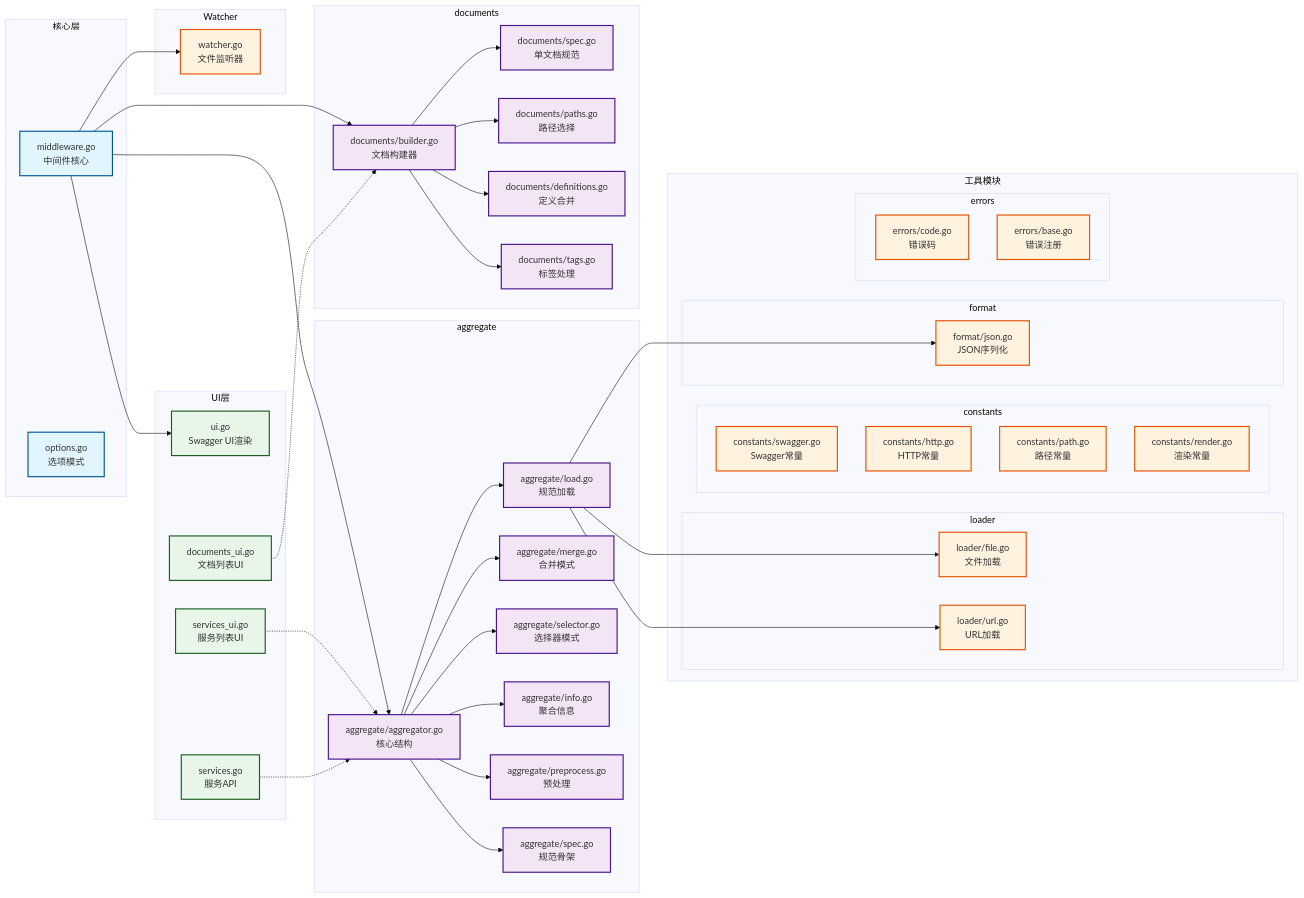
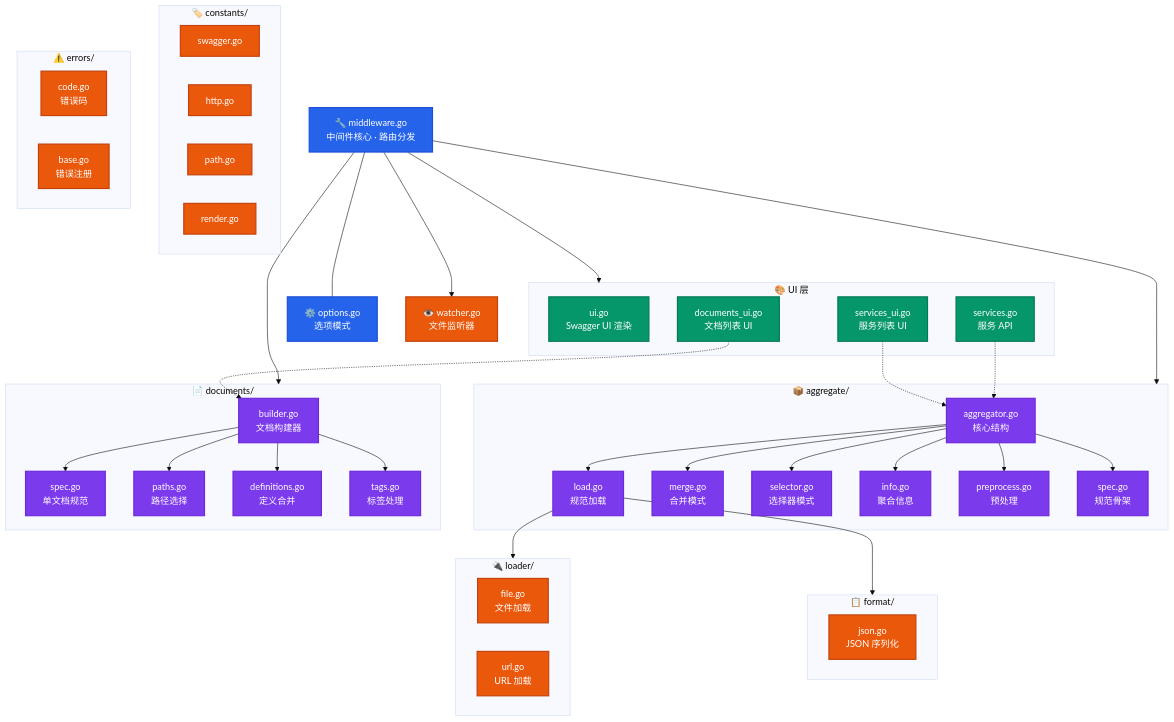
Before and after one commit to kamalyes/go-swagger: the diagram in README.md, drawn with Mermaid (base theme).

Commit message:
📝 docs: 更新README.md架构图

````diff
--- a/README.md
+++ b/README.md
@@ -17,87 +17,75 @@
 ```mermaid
-graph LR
-    %% 样式定义
-    classDef core fill:#e1f5fe,stroke:#01579b,stroke-width:2px
-    classDef module fill:#f3e5f5,stroke:#4a148c,stroke-width:2px
-    classDef util fill:#fff3e0,stroke:#e65100,stroke-width:2px
-    classDef ui fill:#e8f5e9,stroke:#1b5e20,stroke-width:2px
+graph TB
+    classDef core fill:#2563eb,stroke:#1d4ed8,color:#fff,stroke-width:2px
+    classDef mod fill:#7c3aed,stroke:#6d28d9,color:#fff,stroke-width:2px
+    classDef util fill:#ea580c,stroke:#c2410c,color:#fff,stroke-width:2px
+    classDef ui fill:#059669,stroke:#047857,color:#fff,stroke-width:2px
 
-    %% 核心层
-    subgraph 核心层
-        M["middleware.go<br>中间件核心"]:::core
-        O["options.go<br>选项模式"]:::core
+    M["🔧 middleware.go<br/>中间件核心 · 路由分发"]:::core
+    O["⚙️ options.go<br/>选项模式"]:::core
+
+    subgraph AGG ["📦 aggregate/"]
+        AG["aggregator.go<br/>核心结构"]:::mod
+        AL["load.go<br/>规范加载"]:::mod
+        AM["merge.go<br/>合并模式"]:::mod
+        AS["selector.go<br/>选择器模式"]:::mod
+        AI["info.go<br/>聚合信息"]:::mod
+        AP["preprocess.go<br/>预处理"]:::mod
+        AX["spec.go<br/>规范骨架"]:::mod
     end
 
-    %% Aggregate 模块
-    subgraph aggregate
-        AG["aggregate/aggregator.go<br>核心结构"]:::module
-        AL["aggregate/load.go<br>规范加载"]:::module
-        AM["aggregate/merge.go<br>合并模式"]:::module
-        AS["aggregate/selector.go<br>选择器模式"]:::module
-        AI["aggregate/info.go<br>聚合信息"]:::module
-        AP["aggregate/preprocess.go<br>预处理"]:::module
-        AX["aggregate/spec.go<br>规范骨架"]:::module
+    subgraph DOC ["📄 documents/"]
+        DB["builder.go<br/>文档构建器"]:::mod
+        DP["spec.go<br/>单文档规范"]:::mod
+        DPT["paths.go<br/>路径选择"]:::mod
+        DD["definitions.go<br/>定义合并"]:::mod
+        DT["tags.go<br/>标签处理"]:::mod
     end
 
-    %% Documents 模块
-    subgraph documents
-        DB["documents/builder.go<br>文档构建器"]:::module
-        DP["documents/spec.go<br>单文档规范"]:::module
-        DPT["documents/paths.go<br>路径选择"]:::module
-        DD["documents/definitions.go<br>定义合并"]:::module
-        DT["documents/tags.go<br>标签处理"]:::module
+    subgraph LOAD ["🔌 loader/"]
+        LF["file.go<br/>文件加载"]:::util
+        LU["url.go<br/>URL 加载"]:::util
     end
 
-    %% 工具模块
-    subgraph 工具模块
-        subgraph constants
-            CH["constants/swagger.go<br>Swagger常量"]:::util
-            CC["constants/http.go<br>HTTP常量"]:::util
-            CP["constants/path.go<br>路径常量"]:::util
-            CR["constants/render.go<br>渲染常量"]:::util
-        end
-        subgraph loader
-            LF["loader/file.go<br>文件加载"]:::util
-            LU["loader/url.go<br>URL加载"]:::util
-        end
-        subgraph format
-            FJ["format/json.go<br>JSON序列化"]:::util
-        end
-        subgraph errors
-            EC["errors/code.go<br>错误码"]:::util
-            EB["errors/base.go<br>错误注册"]:::util
-        end
+    subgraph CONST ["🏷️ constants/"]
+        CS["swagger.go"]:::util
+        CH["http.go"]:::util
+        CP["path.go"]:::util
+        CR["render.go"]:::util
     end
 
-    %% UI 层
-    subgraph UI层
-        U["ui.go<br>Swagger UI渲染"]:::ui
-        SU["services_ui.go<br>服务列表UI"]:::ui
-        DU["documents_ui.go<br>文档列表UI"]:::ui
-        SV["services.go<br>服务API"]:::ui
+    subgraph ERR ["⚠️ errors/"]
+        EC["code.go<br/>错误码"]:::util
+        EB["base.go<br/>错误注册"]:::util
     end
 
-    %% Watcher
-    subgraph Watcher
-        W["watcher.go<br>文件监听器"]:::util
+    subgraph FMT ["📋 format/"]
+        FJ["json.go<br/>JSON 序列化"]:::util
     end
 
-    %% 连接关系
-    M --> AG
-    M --> DB
-    M --> U
+    subgraph UIL ["🎨 UI 层"]
+        U["ui.go<br/>Swagger UI 渲染"]:::ui
+        SU["services_ui.go<br/>服务列表 UI"]:::ui
+        DU["documents_ui.go<br/>文档列表 UI"]:::ui
+        SV["services.go<br/>服务 API"]:::ui
+    end
+
+    W["👁️ watcher.go<br/>文件监听器"]:::util
+
+    M --> AGG
+    M --> DOC
+    M --> UIL
     M --> W
+    M --- O
 
-    AG --> AL
+    AG --> AL --> LOAD
     AG --> AM
     AG --> AS
     AG --> AI
     AG --> AP
     AG --> AX
 
-    AL --> LF
-    AL --> LU
-    AL --> FJ
+    AL --> FMT
 
     DB --> DP
     DB --> DPT
````
